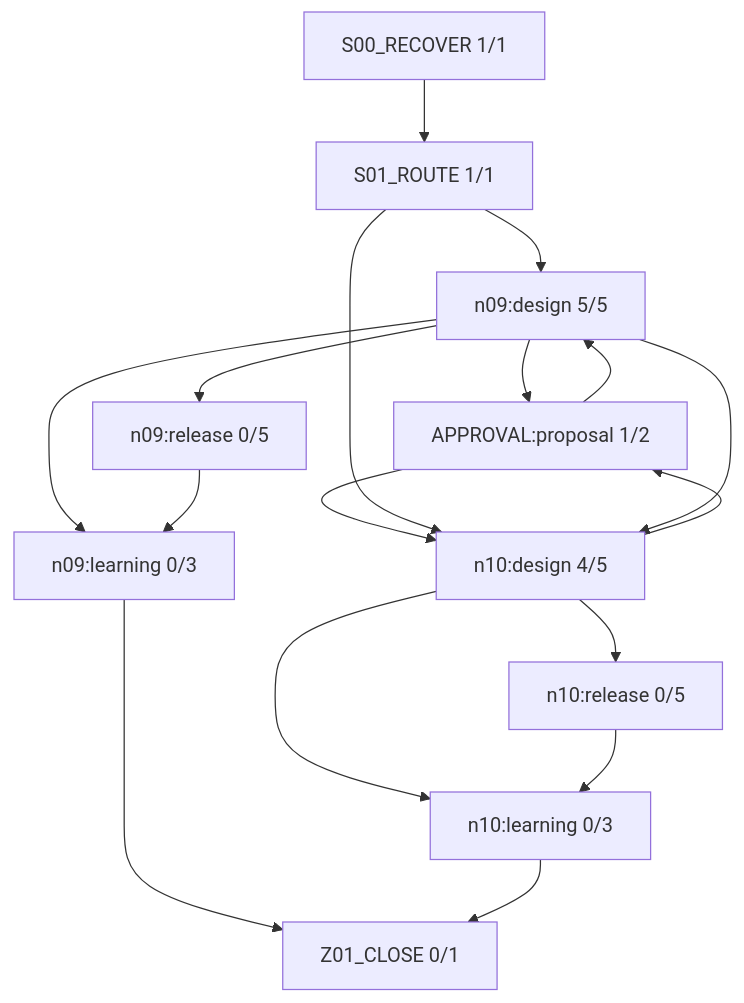
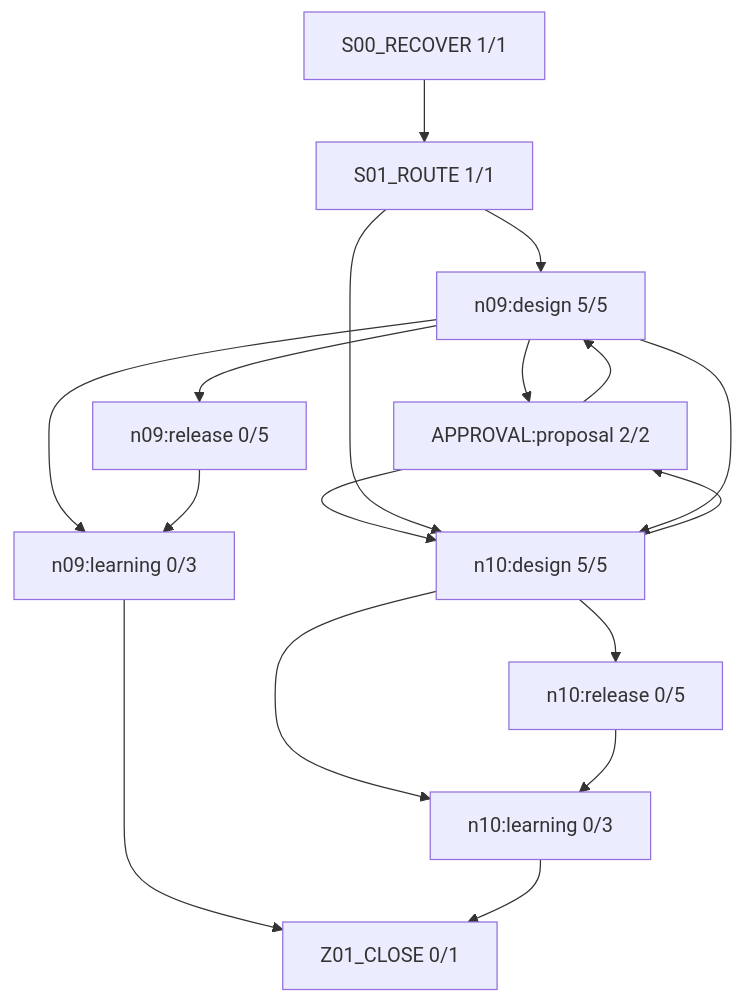
One commit to rrikunagasige-dot/kyotsu-step-web changed the diagram in work/items/W-MATH-034-n09-n10-guided-design/generated/FIRE_DIAGRAM.md. Above: the diagram before and after it, drawn with Mermaid. The commit also changed other lines of this file and 35 other files, not shown here.

````diff
--- a/work/items/W-MATH-034-n09-n10-guided-design/generated/FIRE_DIAGRAM.md
+++ b/work/items/W-MATH-034-n09-n10-guided-design/generated/FIRE_DIAGRAM.md
@@ -5,29 +5,29 @@
 ```mermaid
 flowchart TD
   N0["S00_RECOVER 1/1"]
   N1["S01_ROUTE 1/1"]
   N2["n09:design 5/5"]
-  N3["APPROVAL:proposal 1/2"]
+  N3["APPROVAL:proposal 2/2"]
   N4["n09:release 0/5"]
-  N5["n10:design 4/5"]
+  N5["n10:design 5/5"]
   N6["n10:release 0/5"]
   N7["n09:learning 0/3"]
   N8["n10:learning 0/3"]
   N9["Z01_CLOSE 0/1"]
   N3 --> N2
   N3 --> N5
   N0 --> N1
   N1 --> N2
   N1 --> N5
   N2 --> N3
   N2 --> N7
   N2 --> N4
   N2 --> N5
   N7 --> N9
   N4 --> N7
   N5 --> N3
   N5 --> N8
   N5 --> N6
   N8 --> N9
   N6 --> N8
 ```
````
